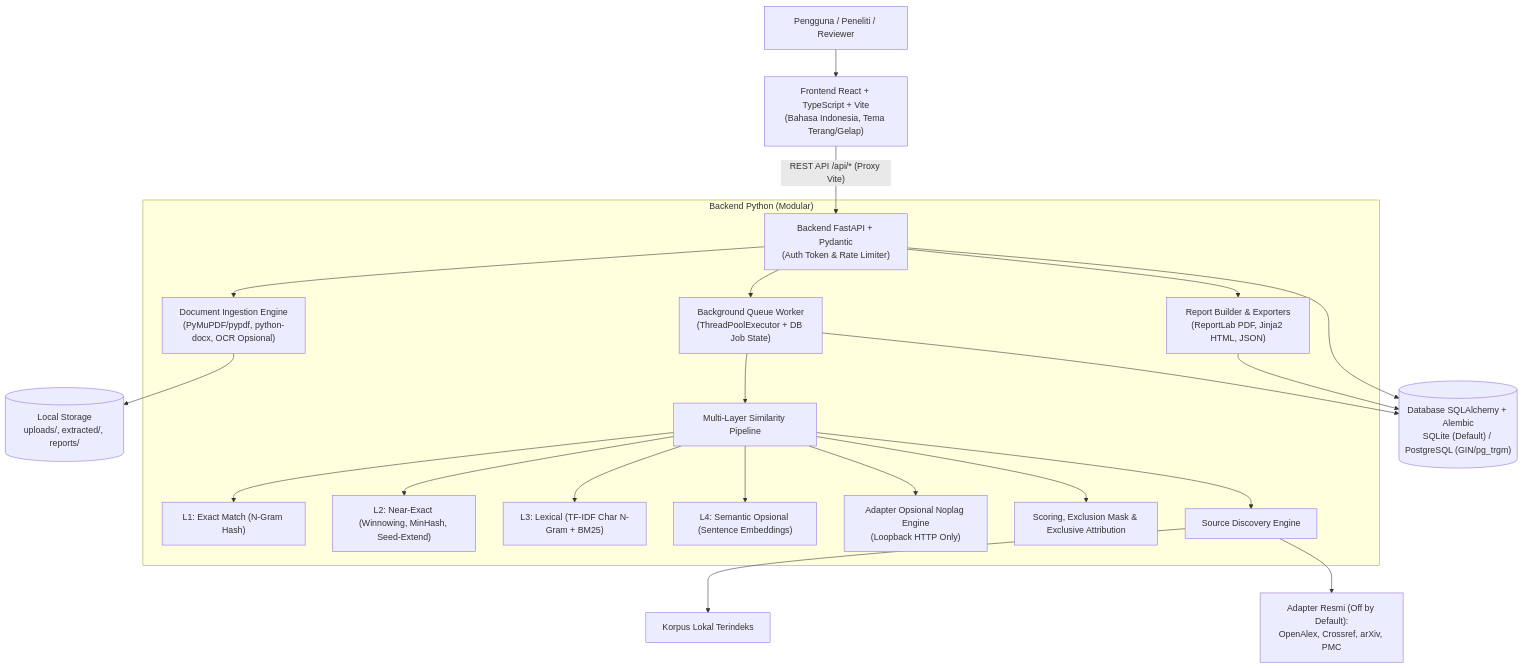
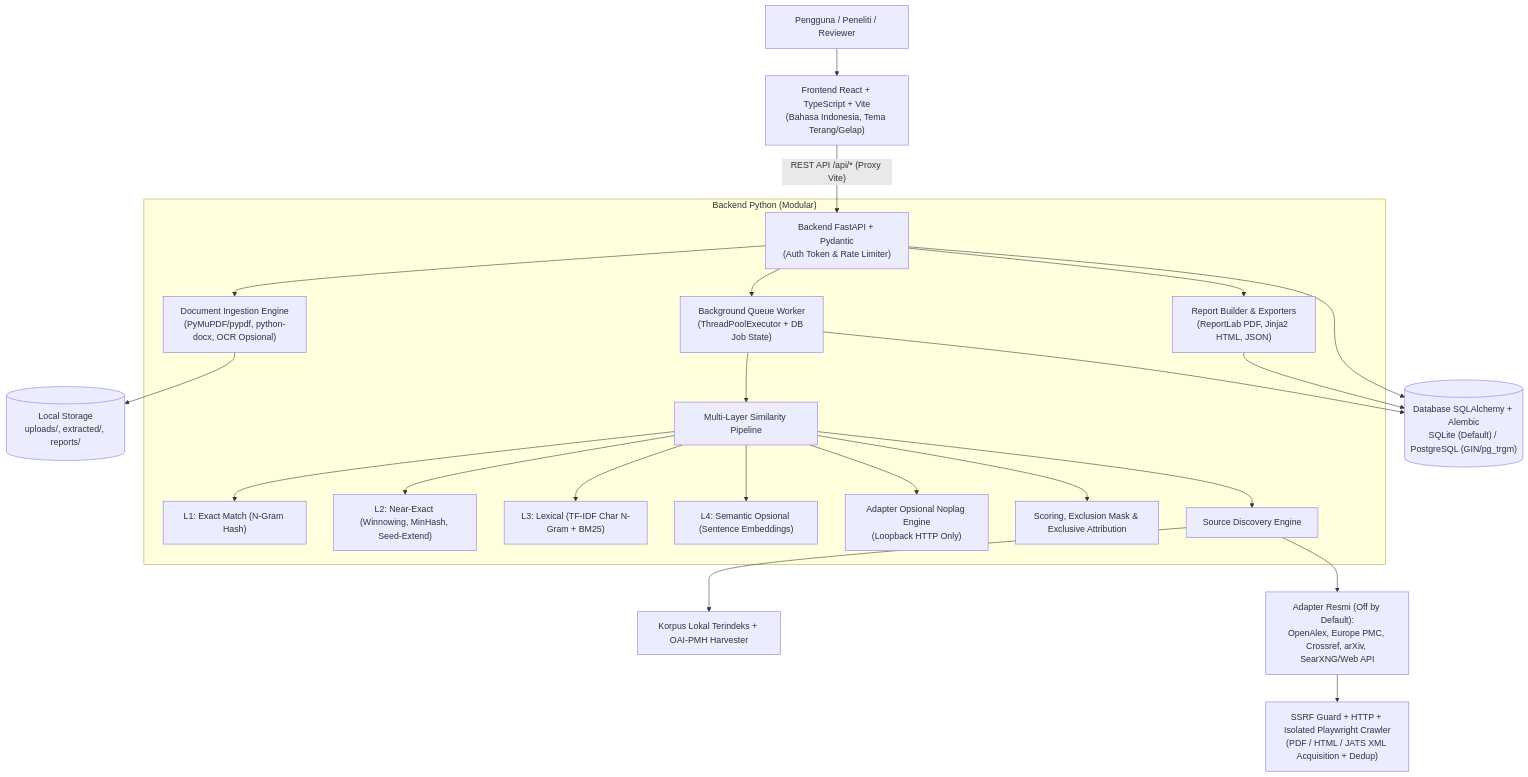
Before and after one commit to MauludyZhrn/NaskahGuard: the first of 2 diagrams in docs/ARCHITECTURE.md, drawn with Mermaid. The commit also changed other lines of this file and 43 other files, not shown here.

````diff
--- a/docs/ARCHITECTURE.md
+++ b/docs/ARCHITECTURE.md
@@ -8,28 +8,29 @@
 ```mermaid
 flowchart TB
     User["Pengguna / Peneliti / Reviewer"] --> UI["Frontend React + TypeScript + Vite<br/>(Bahasa Indonesia, Tema Terang/Gelap)"]
     UI -->|"REST API /api/* (Proxy Vite)"| API["Backend FastAPI + Pydantic<br/>(Auth Token & Rate Limiter)"]
 
     subgraph BackendCore["Backend Python (Modular)"]
         API --> Ingestion["Document Ingestion Engine<br/>(PyMuPDF/pypdf, python-docx, OCR Opsional)"]
         API --> Worker["Background Queue Worker<br/>(ThreadPoolExecutor + DB Job State)"]
         API --> Reports["Report Builder & Exporters<br/>(ReportLab PDF, Jinja2 HTML, JSON)"]
 
         Worker --> Pipeline["Multi-Layer Similarity Pipeline"]
         Pipeline --> L1["L1: Exact Match (N-Gram Hash)"]
         Pipeline --> L2["L2: Near-Exact (Winnowing, MinHash, Seed-Extend)"]
         Pipeline --> L3["L3: Lexical (TF-IDF Char N-Gram + BM25)"]
         Pipeline --> L4["L4: Semantic Opsional (Sentence Embeddings)"]
         Pipeline --> NoplagOpt["Adapter Opsional Noplag Engine<br/>(Loopback HTTP Only)"]
         Pipeline --> Scoring["Scoring, Exclusion Mask & Exclusive Attribution"]
         Pipeline --> Discovery["Source Discovery Engine"]
     end
 
-    Discovery --> LocalCorpus["Korpus Lokal Terindeks"]
-    Discovery --> ExtAdapters["Adapter Resmi (Off by Default):<br/>OpenAlex, Crossref, arXiv, PMC"]
+    Discovery --> LocalCorpus["Korpus Lokal Terindeks + OAI-PMH Harvester"]
+    Discovery --> ExtAdapters["Adapter Resmi (Off by Default):<br/>OpenAlex, Europe PMC, Crossref, arXiv, SearXNG/Web API"]
+    ExtAdapters --> Crawler["SSRF Guard + HTTP + Isolated Playwright Crawler<br/>(PDF / HTML / JATS XML Acquisition + Dedup)"]
 
     Ingestion --> Storage[("Local Storage<br/>uploads/, extracted/, reports/")]
     API --> DB[("Database SQLAlchemy + Alembic<br/>SQLite (Default) / PostgreSQL (GIN/pg_trgm)")]
     Worker --> DB
     Reports --> DB
 ```
````
